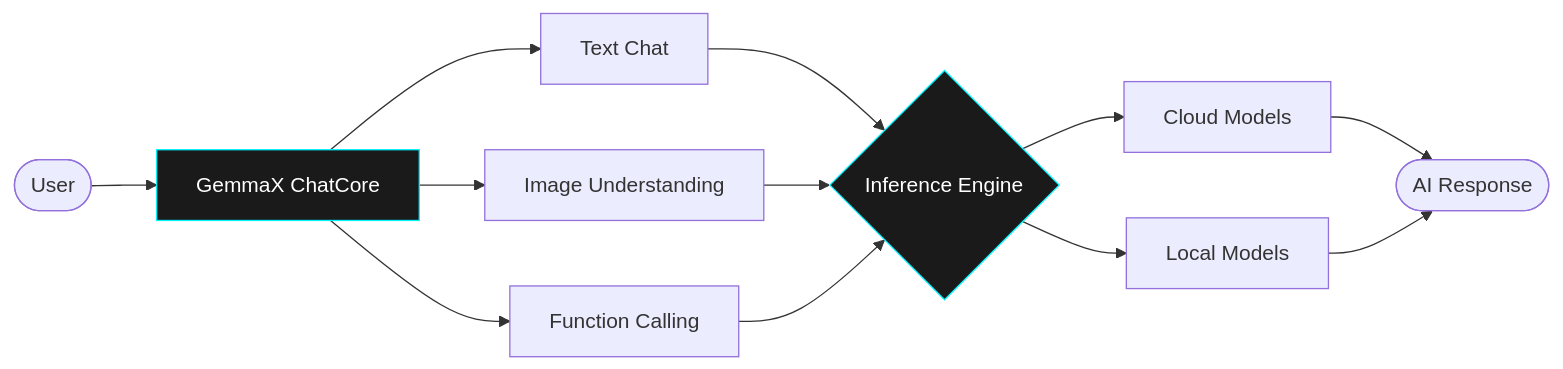
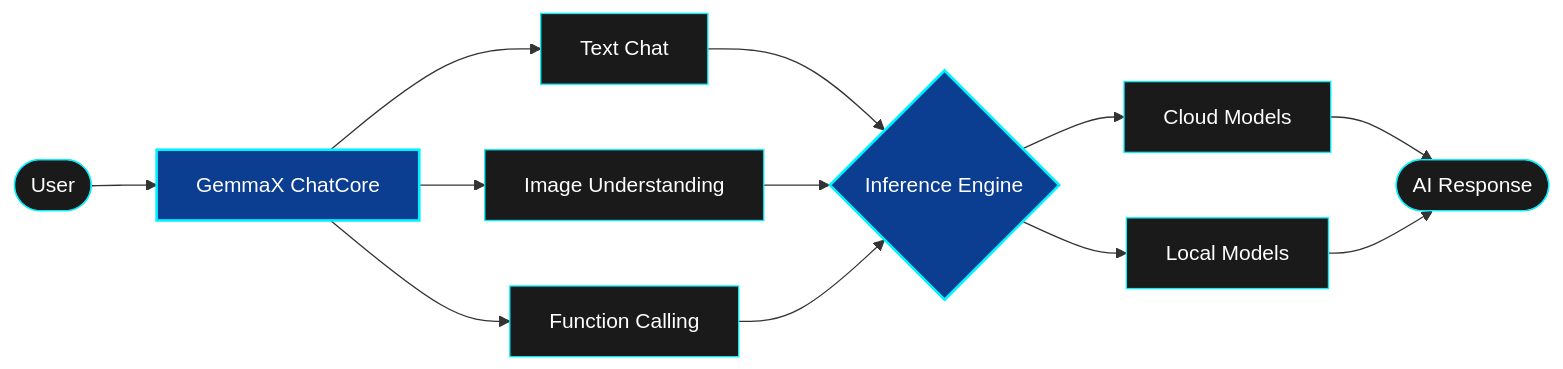
The second of 2 diagrams in README.md (jibitesh-auth/jibitesh-auth), drawn with Mermaid before and after one commit. The commit also changed other lines of this file, not shown here.

````diff
--- a/README.md
+++ b/README.md
@@ -103,23 +107,23 @@
 ```mermaid
 graph LR
+    A(["User"]) --> B["GemmaX ChatCore"]
 
-A([User])
---> B[GemmaX ChatCore]
+    B --> C["Text Chat"]
+    B --> D["Image Understanding"]
+    B --> E["Function Calling"]
 
-B --> C[Text Chat]
-B --> D[Image Understanding]
-B --> E[Function Calling]
+    C --> F{"Inference Engine"}
+    D --> F
+    E --> F
 
-C --> F{Inference Engine}
-D --> F
-E --> F
+    F --> G["Cloud Models"]
+    F --> H["Local Models"]
 
-F --> G[Cloud Models]
-F --> H[Local Models]
+    G --> I(["AI Response"])
+    H --> I
 
-G --> I([AI Response])
-H --> I
-
-style B fill:#1a1a1a,stroke:#00F2FF,color:#fff
-style F fill:#1a1a1a,stroke:#00F2FF,color:#fff
+    classDef core fill:#0B3D91,stroke:#00F2FF,stroke-width:2px,color:#ffffff;
+    classDef nodeStyle fill:#1a1a1a,stroke:#00F2FF,stroke-width:1px,color:#ffffff;
+    class B,F core;
+    class A,C,D,E,G,H,I nodeStyle;
 ```
````
